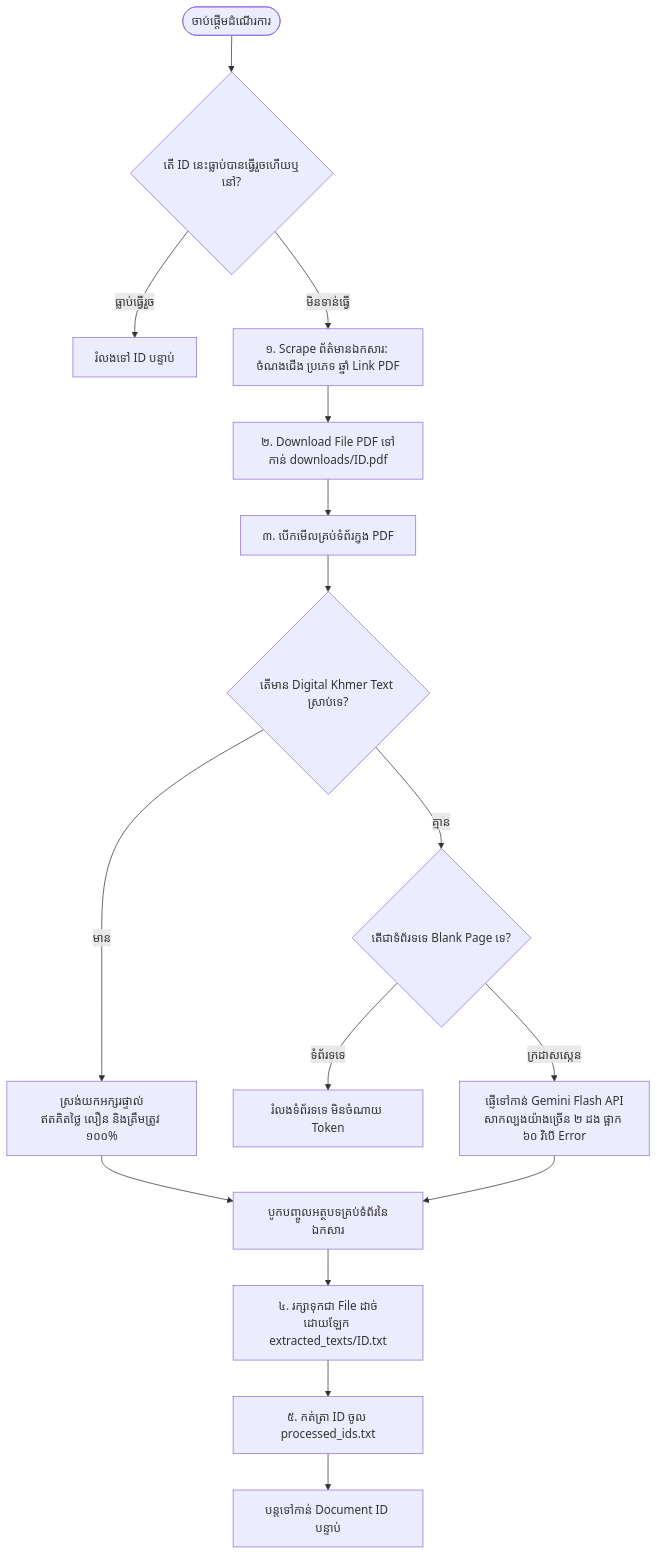
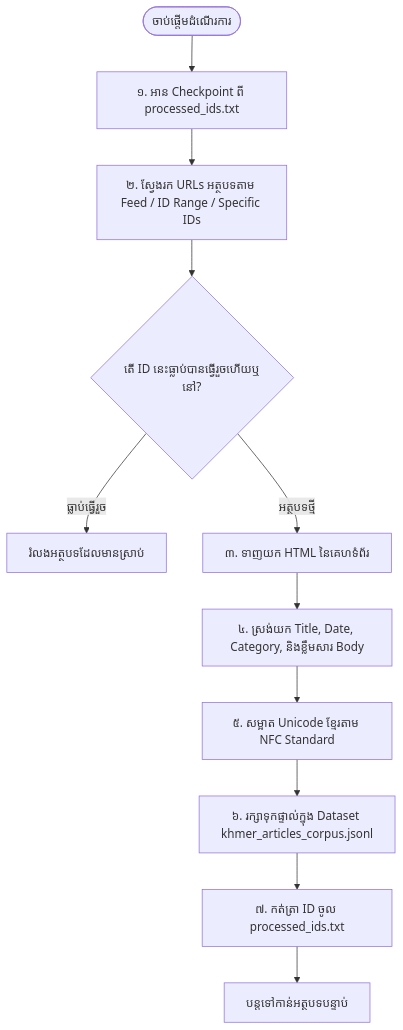
The diagram in WORKFLOW.md (wath08/Web_crawling), drawn with Mermaid before and after one commit. The commit also changed other lines of this file and 6 other files, not shown here.

Commit message:
Update crawling pipeline, documentation, and extracted corpus

````diff
--- a/WORKFLOW.md
+++ b/WORKFLOW.md
@@ -9,25 +9,18 @@
 ```mermaid
 flowchart TD
-    Start([ចាប់ផ្តើមដំណើរការ]) --> CheckCheckpoint{តើ ID នេះធ្លាប់បានធ្វើរួចហើយឬនៅ?}
+    Start([ចាប់ផ្តើមដំណើរការ]) --> LoadCheckpoint[១. អាន Checkpoint ពី processed_ids.txt]
     
-    CheckCheckpoint -->|ធ្លាប់ធ្វើរួច| SkipDoc[រំលងទៅ ID បន្ទាប់]
-    CheckCheckpoint -->|មិនទាន់ធ្វើ| ScrapeMeta[១. Scrape ព័ត៌មានឯកសារ: ចំណងជើង ប្រភេទ ឆ្នាំ Link PDF]
+    LoadCheckpoint --> DiscoverLinks[២. ស្វែងរក URLs អត្ថបទតាម Feed / ID Range / Specific IDs]
     
-    ScrapeMeta --> DownloadPDF[២. Download File PDF ទៅកាន់ downloads/ID.pdf]
-    DownloadPDF --> ReadPages[៣. បើកមើលគ្រប់ទំព័រក្នុង PDF]
+    DiscoverLinks --> FilterSeen{តើ ID នេះធ្លាប់បានធ្វើរួចហើយឬនៅ?}
+    FilterSeen -->|ធ្លាប់ធ្វើរួច| SkipItem[រំលងអត្ថបទដែលមានស្រាប់]
+    FilterSeen -->|អត្ថបទថ្មី| FetchHTML[៣. ទាញយក HTML នៃគេហទំព័រ]
     
-    ReadPages --> CheckDigital{តើមាន Digital Khmer Text ស្រាប់ទេ?}
+    FetchHTML --> ParseContent[៤. ស្រង់យក Title, Date, Category, និងខ្លឹមសារ Body]
+    ParseContent --> CleanUnicode[៥. សម្អាត Unicode ខ្មែរតាម NFC Standard]
     
-    CheckDigital -->|មាន| DirectExtract[ស្រង់យកអក្សរផ្ទាល់<br>ឥតគិតថ្លៃ លឿន និងត្រឹមត្រូវ ១០០%]
-    CheckDigital -->|គ្មាន| CheckBlank{តើជាទំព័រទទេ Blank Page ទេ?}
+    CleanUnicode --> SaveJSONL[៦. រក្សាទុកផ្ទាល់ក្នុង Dataset khmer_articles_corpus.jsonl]
     
-    CheckBlank -->|ទំព័រទទេ| SkipPage[រំលងទំព័រទទេ មិនចំណាយ Token]
-    CheckBlank -->|ក្រដាសស្កេន| GeminiOCR[ផ្ញើទៅកាន់ Gemini Flash API<br>សាកល្បងយ៉ាងច្រើន ២ ដង ផ្អាក ៦០ វិបើ Error]
-    
-    DirectExtract --> Combine[បូកបញ្ចូលអត្ថបទគ្រប់ទំព័រនៃឯកសារ]
-    GeminiOCR --> Combine
-    
-    Combine --> SaveTXT[៤. រក្សាទុកជា File ដាច់ដោយឡែក extracted_texts/ID.txt]
-    SaveTXT --> MarkDone[៥. កត់ត្រា ID ចូល processed_ids.txt]
-    MarkDone --> NextDoc[បន្តទៅកាន់ Document ID បន្ទាប់]
+    SaveJSONL --> MarkDone[៧. កត់ត្រា ID ចូល processed_ids.txt]
+    MarkDone --> NextDoc[បន្តទៅកាន់អត្ថបទបន្ទាប់]
 ```
````
